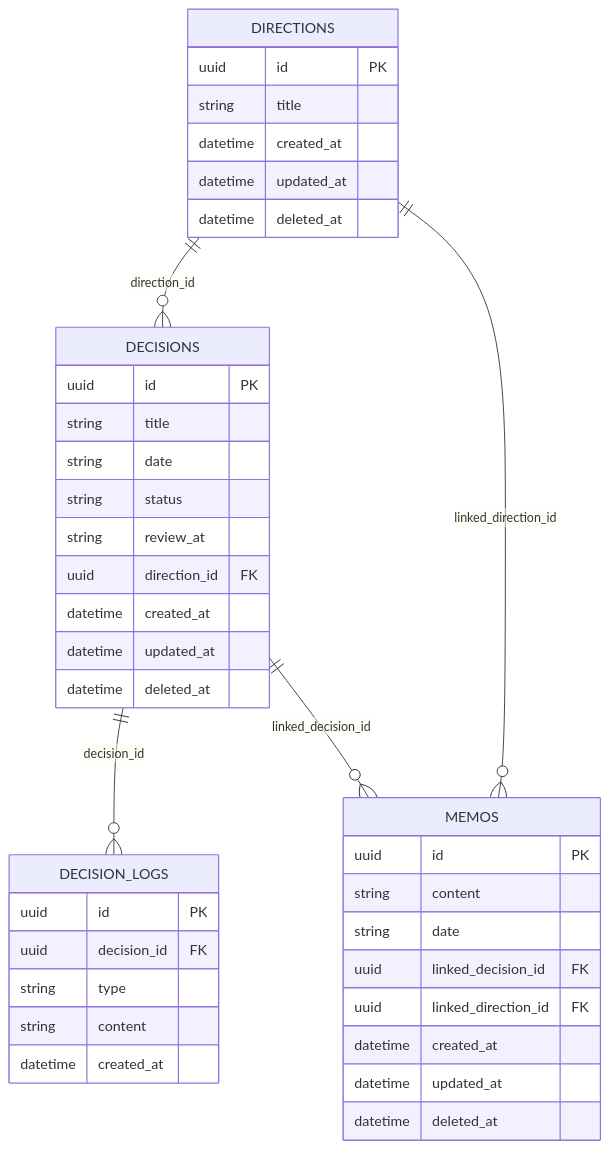
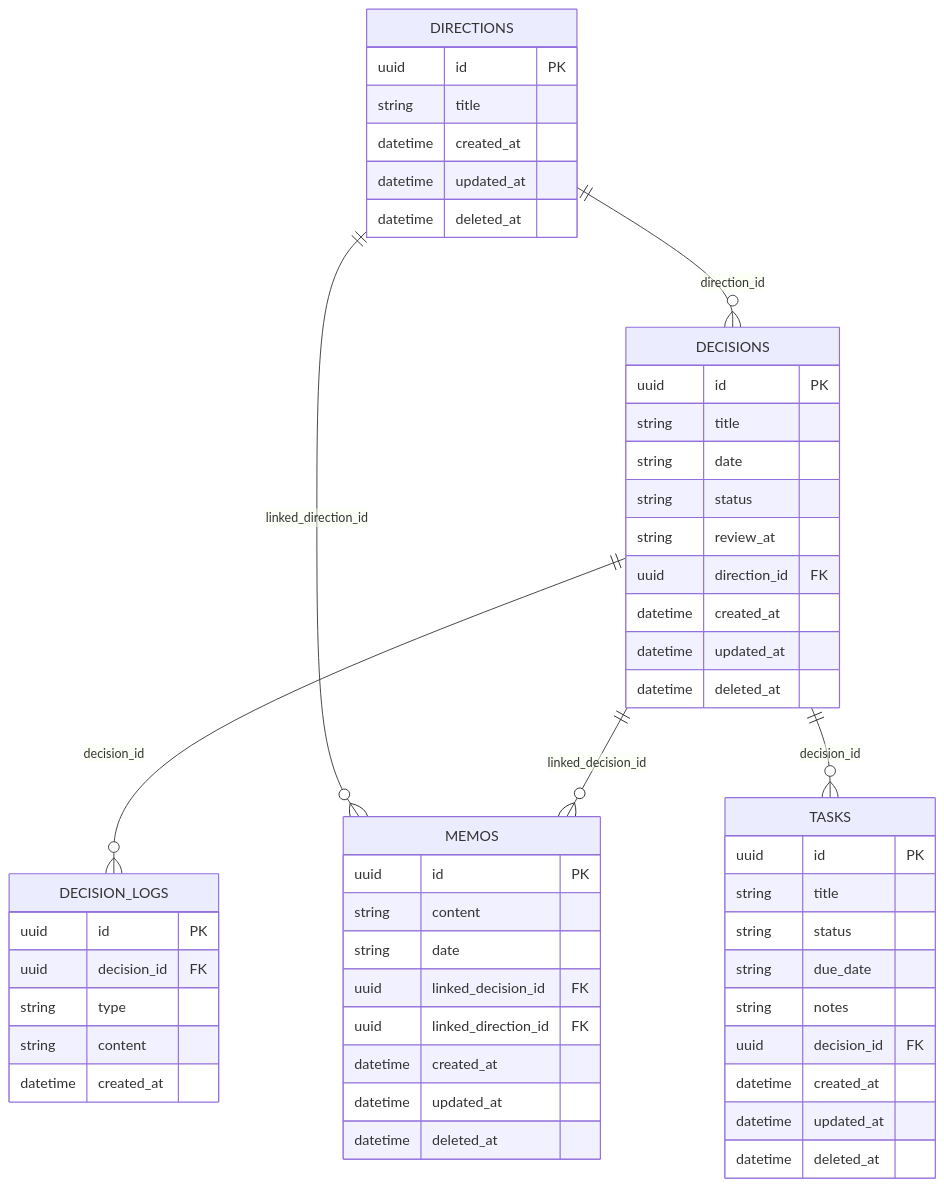
Before and after one commit to glenn-syj/deciduum: the diagram in docs/domain/entities.md, drawn with Mermaid. The commit also changed other lines of this file and 9 other files, not shown here.

````diff
--- a/docs/domain/entities.md
+++ b/docs/domain/entities.md
@@ -309,46 +390,59 @@
 ```mermaid
 erDiagram
     DIRECTIONS {
         uuid id PK
         string title
         datetime created_at
         datetime updated_at
         datetime deleted_at
     }
 
     DECISIONS {
         uuid id PK
         string title
         string date
         string status
         string review_at
         uuid direction_id FK
         datetime created_at
         datetime updated_at
         datetime deleted_at
     }
 
     DECISION_LOGS {
         uuid id PK
         uuid decision_id FK
         string type
         string content
         datetime created_at
     }
 
     MEMOS {
         uuid id PK
         string content
         string date
         uuid linked_decision_id FK
         uuid linked_direction_id FK
         datetime created_at
         datetime updated_at
         datetime deleted_at
     }
 
+    TASKS {
+        uuid id PK
+        string title
+        string status
+        string due_date
+        string notes
+        uuid decision_id FK
+        datetime created_at
+        datetime updated_at
+        datetime deleted_at
+    }
+
     DIRECTIONS ||--o{ DECISIONS : "direction_id"
     DIRECTIONS ||--o{ MEMOS : "linked_direction_id"
     DECISIONS ||--o{ DECISION_LOGS : "decision_id"
     DECISIONS ||--o{ MEMOS : "linked_decision_id"
+    DECISIONS ||--o{ TASKS : "decision_id"
 ```
````
